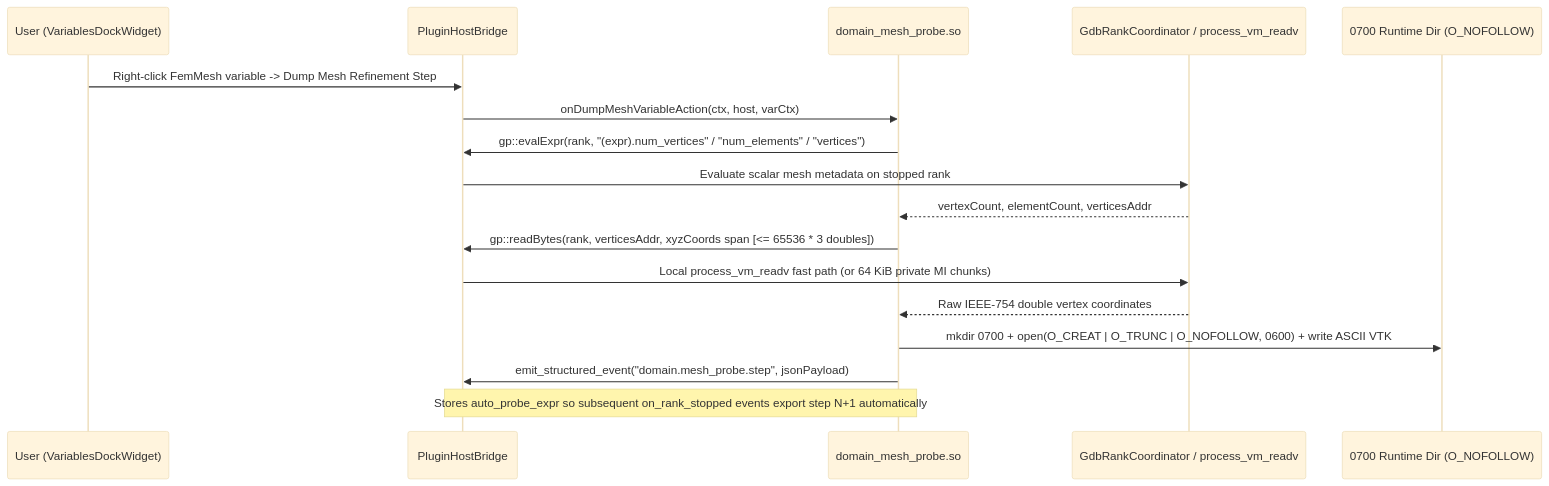
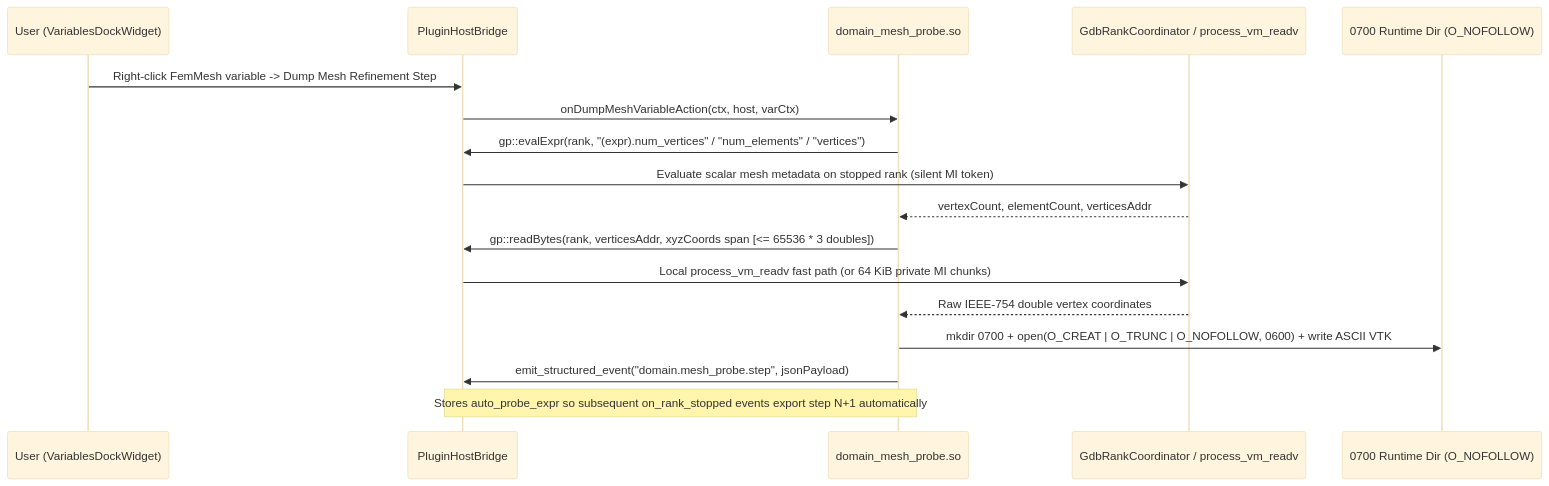
The second of 2 diagrams in docs/Plugin-Authoring-and-UI-Surfaces.md (bnorthern42/GridLock), drawn with Mermaid (base theme) before and after one commit. The commit also changed other lines of this file and 6 other files, not shown here.

````diff
--- a/docs/Plugin-Authoring-and-UI-Surfaces.md
+++ b/docs/Plugin-Authoring-and-UI-Surfaces.md
@@ -298,20 +327,20 @@
 ```mermaid
 sequenceDiagram
   participant USER as User (VariablesDockWidget)
   participant PHB as PluginHostBridge
   participant PLUG as domain_mesh_probe.so
   participant COORD as GdbRankCoordinator / process_vm_readv
   participant FS as 0700 Runtime Dir (O_NOFOLLOW)
 
   USER->>PHB: Right-click FemMesh variable -> Dump Mesh Refinement Step
   PHB->>PLUG: onDumpMeshVariableAction(ctx, host, varCtx)
   PLUG->>PHB: gp::evalExpr(rank, "(expr).num_vertices" / "num_elements" / "vertices")
-  PHB->>COORD: Evaluate scalar mesh metadata on stopped rank
+  PHB->>COORD: Evaluate scalar mesh metadata on stopped rank (silent MI token)
   COORD-->>PLUG: vertexCount, elementCount, verticesAddr
   PLUG->>PHB: gp::readBytes(rank, verticesAddr, xyzCoords span [<= 65536 * 3 doubles])
   PHB->>COORD: Local process_vm_readv fast path (or 64 KiB private MI chunks)
   COORD-->>PLUG: Raw IEEE-754 double vertex coordinates
   PLUG->>FS: mkdir 0700 + open(O_CREAT | O_TRUNC | O_NOFOLLOW, 0600) + write ASCII VTK
   PLUG->>PHB: emit_structured_event("domain.mesh_probe.step", jsonPayload)
   Note over PLUG,PHB: Stores auto_probe_expr so subsequent on_rank_stopped events export step N+1 automatically
 ```
````
